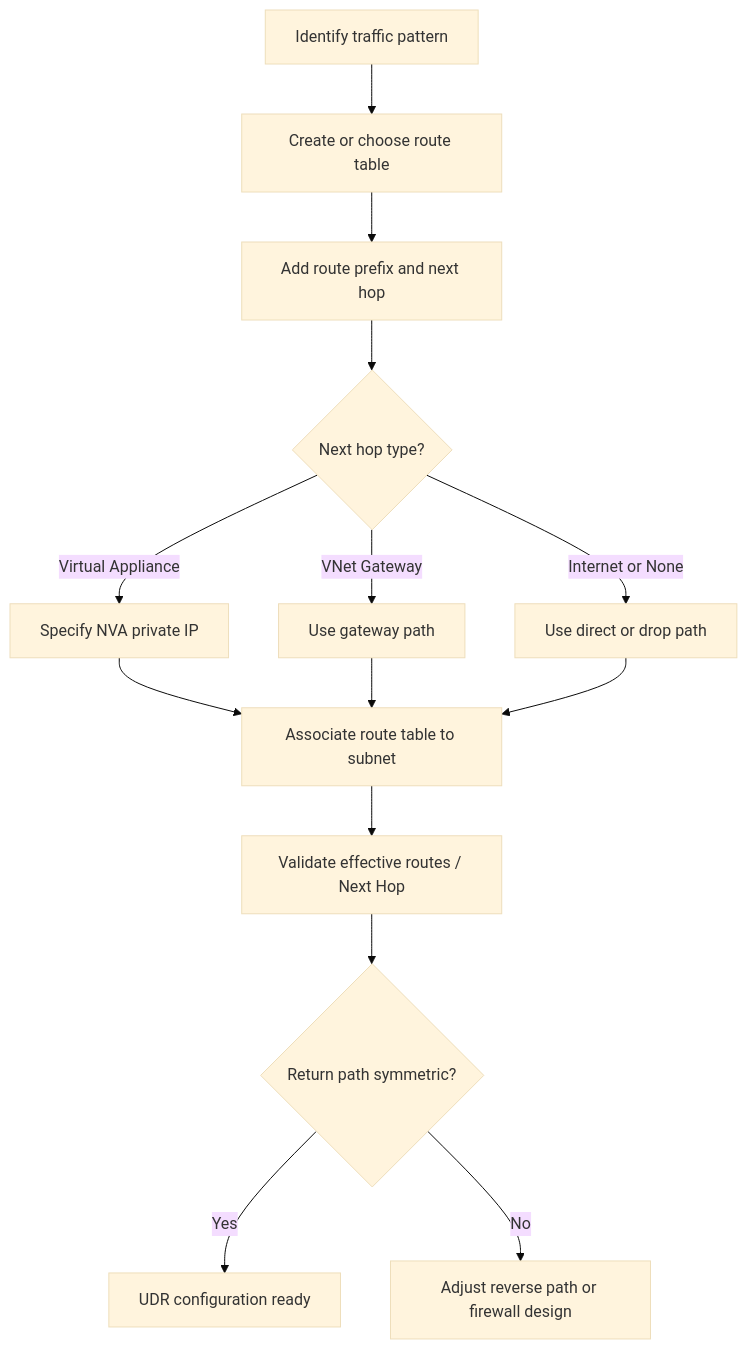
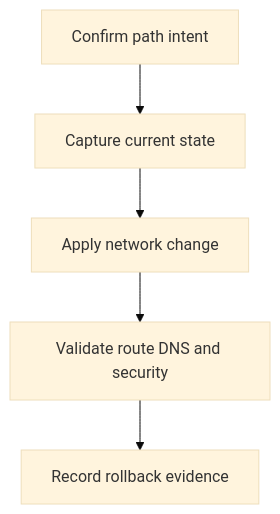
One commit to yeongseon/azure-networking-practical-guide changed the diagram in docs/operations/configure-udr.md. Above: the diagram before and after it, drawn with Mermaid (base theme). The commit also changed other lines of this file and 80 other files, not shown here.

````diff
--- a/docs/operations/configure-udr.md
+++ b/docs/operations/configure-udr.md
@@ -17,16 +42,7 @@
 ```mermaid
 flowchart TD
-    A[Identify traffic pattern] --> B[Create or choose route table]
-    B --> C[Add route prefix and next hop]
-    C --> D{Next hop type?}
-    D -->|Virtual Appliance| E[Specify NVA private IP]
-    D -->|VNet Gateway| F[Use gateway path]
-    D -->|Internet or None| G[Use direct or drop path]
-    E --> H[Associate route table to subnet]
-    F --> H
-    G --> H
-    H --> I[Validate effective routes / Next Hop]
-    I --> J{Return path symmetric?}
-    J -->|Yes| K[UDR configuration ready]
-    J -->|No| L[Adjust reverse path or firewall design]
+    A[Confirm path intent] --> B[Capture current state]
+    B --> C[Apply network change]
+    C --> D[Validate route DNS and security]
+    D --> E[Record rollback evidence]
 ```
````
